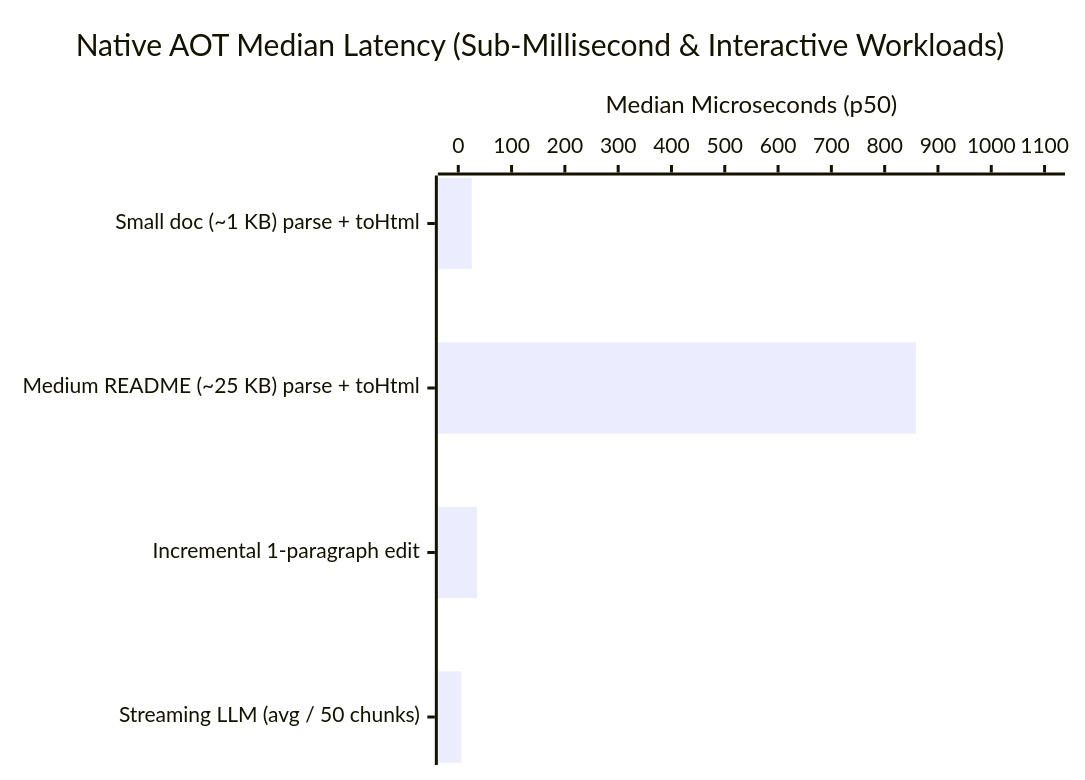
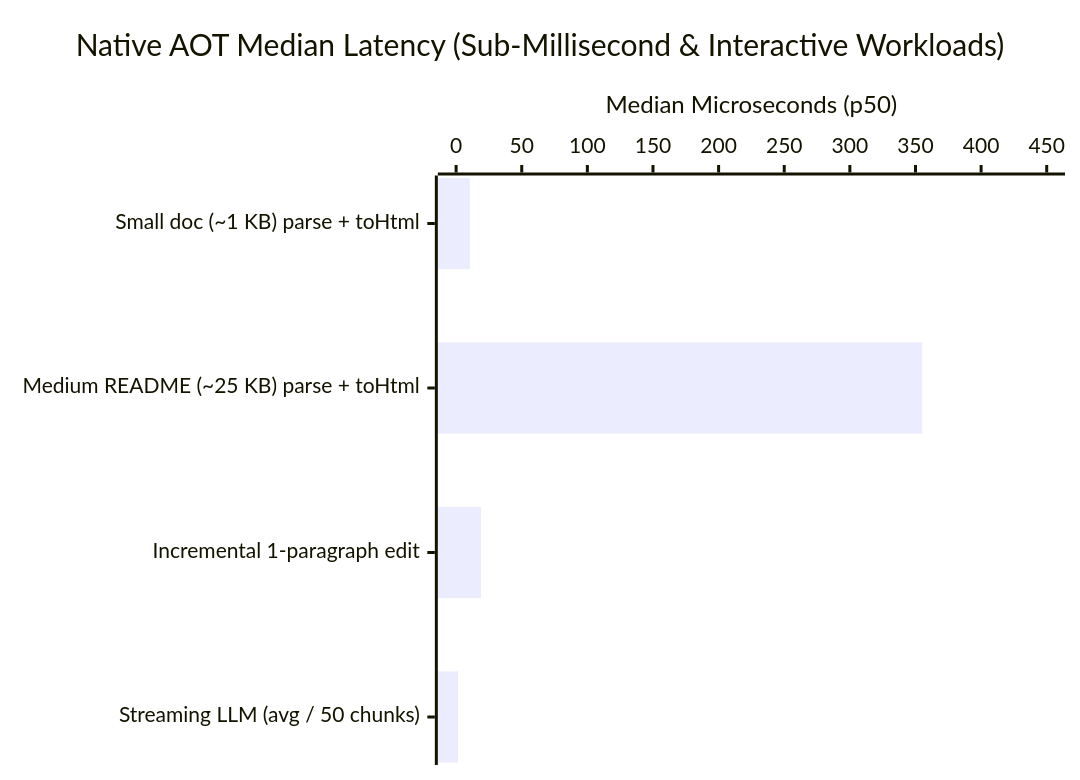
The first of 2 diagrams in doc/BENCHMARKS.md (tkinnis/markdown_engine), drawn with Mermaid before and after one commit. The commit also changed other lines of this file and 35 other files, not shown here.

````diff
--- a/doc/BENCHMARKS.md
+++ b/doc/BENCHMARKS.md
@@ -30,7 +50,7 @@
 ```mermaid
 xychart-beta horizontal
     title "Native AOT Median Latency (Sub-Millisecond & Interactive Workloads)"
     x-axis ["Small doc (~1 KB) parse + toHtml", "Medium README (~25 KB) parse + toHtml", "Incremental 1-paragraph edit", "Streaming LLM (avg / 50 chunks)"]
-    y-axis "Median Microseconds (p50)" 0 --> 1100
-    bar [25.33, 858.92, 35.16, 5.81]
+    y-axis "Median Microseconds (p50)" 0 --> 450
+    bar [10.49, 355.20, 18.96, 1.41]
 ```
````
